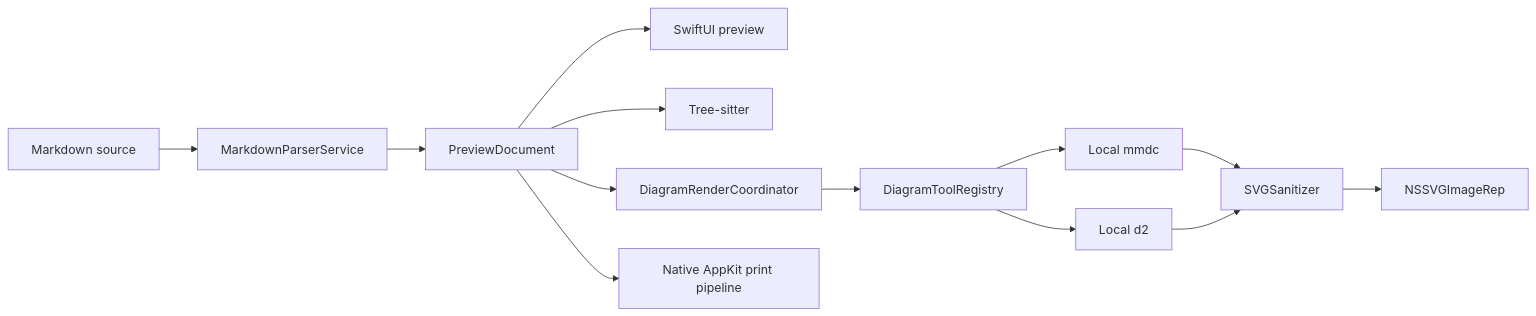
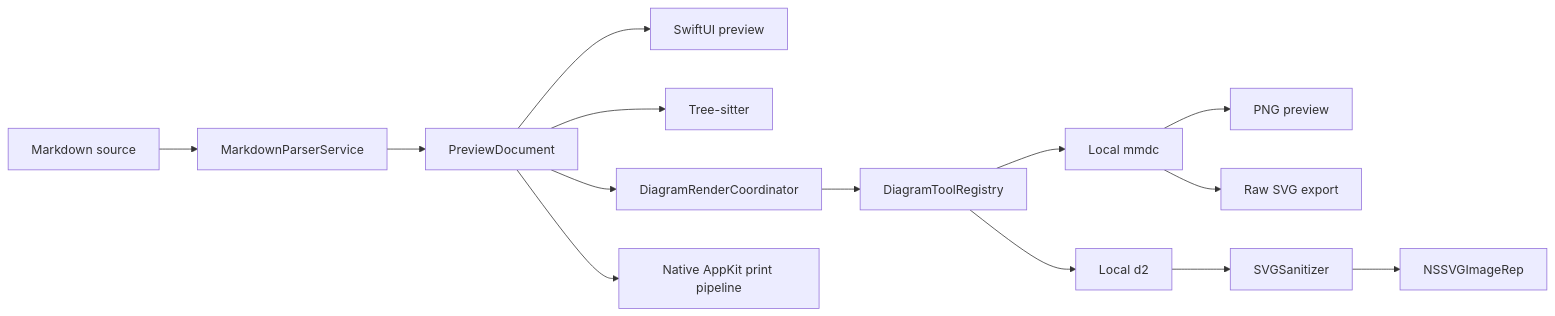
Before and after one commit to Weichen-LF/DiagramDown: the diagram in docs/native-markdown-preview-architecture.md, drawn with Mermaid. The commit also changed other lines of this file and 46 other files, not shown here.

````diff
--- a/docs/native-markdown-preview-architecture.md
+++ b/docs/native-markdown-preview-architecture.md
@@ -10,15 +10,16 @@
 ```mermaid
 flowchart LR
     Source[Markdown source] --> Parser[MarkdownParserService]
     Parser --> Model[PreviewDocument]
     Model --> View[SwiftUI preview]
     Model --> Highlight[Tree-sitter]
     Model --> Diagram[DiagramRenderCoordinator]
     Diagram --> Registry[DiagramToolRegistry]
     Registry --> MM[Local mmdc]
     Registry --> D2[Local d2]
-    MM --> Sanitize[SVGSanitizer]
-    D2 --> Sanitize
+    MM --> PNG[PNG preview]
+    MM --> RawSVG[Raw SVG export]
+    D2 --> Sanitize[SVGSanitizer]
     Sanitize --> SVG[NSSVGImageRep]
     Model --> PDF[Native AppKit print pipeline]
 ```
````
